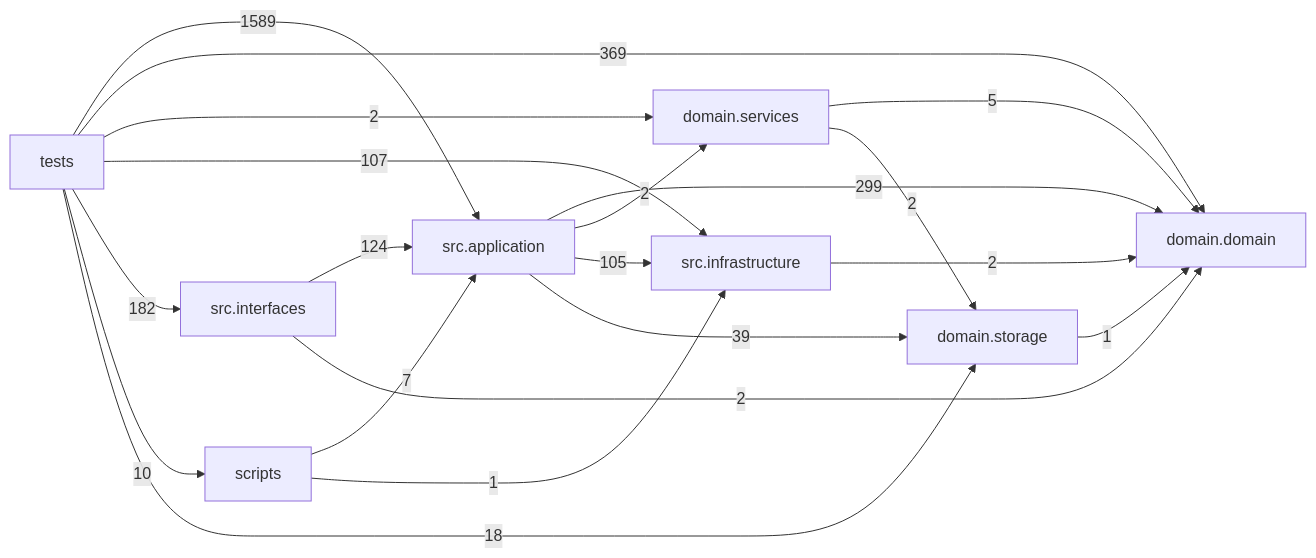
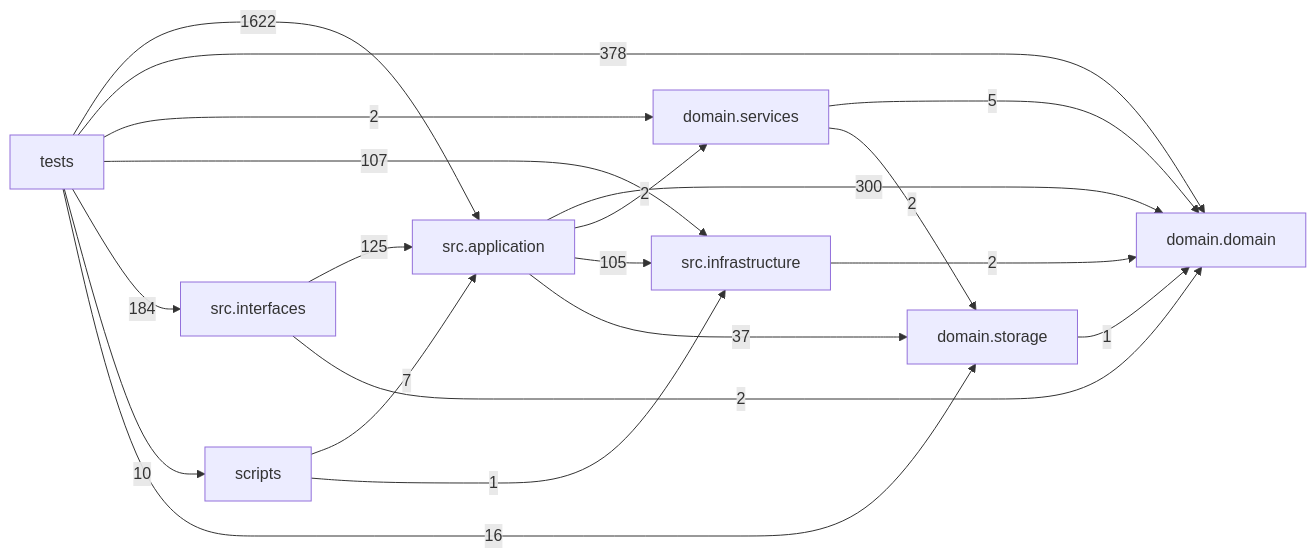
Before and after one commit to liuxie066/options-monitor: the diagram in docs/DEPENDENCY_GRAPH.md, drawn with Mermaid. The commit also changed other lines of this file and 6 other files, not shown here.

````diff
--- a/docs/DEPENDENCY_GRAPH.md
+++ b/docs/DEPENDENCY_GRAPH.md
@@ -24,30 +24,30 @@
 ```mermaid
 flowchart LR
   tests["tests"]
   scripts["scripts"]
   interfaces["src.interfaces"]
   application["src.application"]
   infrastructure["src.infrastructure"]
   domain_services["domain.services"]
   domain["domain.domain"]
   storage["domain.storage"]
-  application -->|299| domain
+  application -->|300| domain
   application -->|2| domain_services
   application -->|105| infrastructure
-  application -->|39| storage
+  application -->|37| storage
   domain_services -->|5| domain
   domain_services -->|2| storage
   infrastructure -->|2| domain
-  interfaces -->|124| application
+  interfaces -->|125| application
   interfaces -->|2| domain
   scripts -->|7| application
   scripts -->|1| infrastructure
   storage -->|1| domain
-  tests -->|1589| application
-  tests -->|369| domain
+  tests -->|1622| application
+  tests -->|378| domain
   tests -->|2| domain_services
   tests -->|107| infrastructure
-  tests -->|182| interfaces
+  tests -->|184| interfaces
   tests -->|10| scripts
-  tests -->|18| storage
+  tests -->|16| storage
 ```
````
